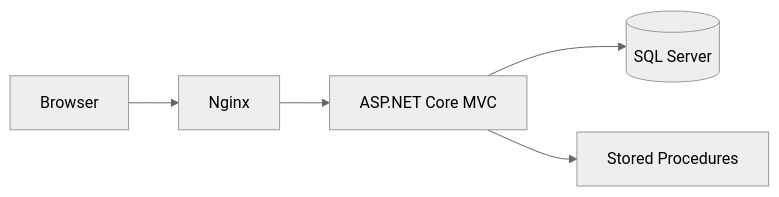
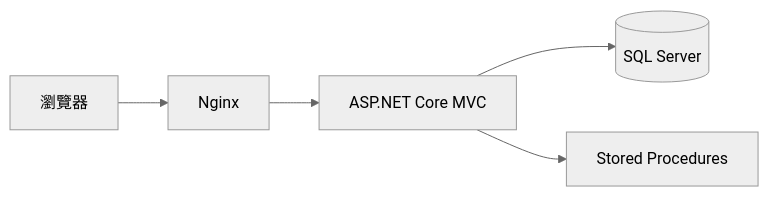
One commit to dicksonchai98/financial-product-likelist changed the diagram in README.md. Above: the diagram before and after it, drawn with Mermaid (neutral theme). The commit also changed other lines of this file, not shown here.

````diff
--- a/README.md
+++ b/README.md
@@ -39,7 +39,7 @@
 ```mermaid
 flowchart LR
-    Browser --> Nginx
+    瀏覽器 --> Nginx
     Nginx --> ASPNET[ASP.NET Core MVC]
     ASPNET --> SQL[(SQL Server)]
     ASPNET --> SP[Stored Procedures]
 ```
````
